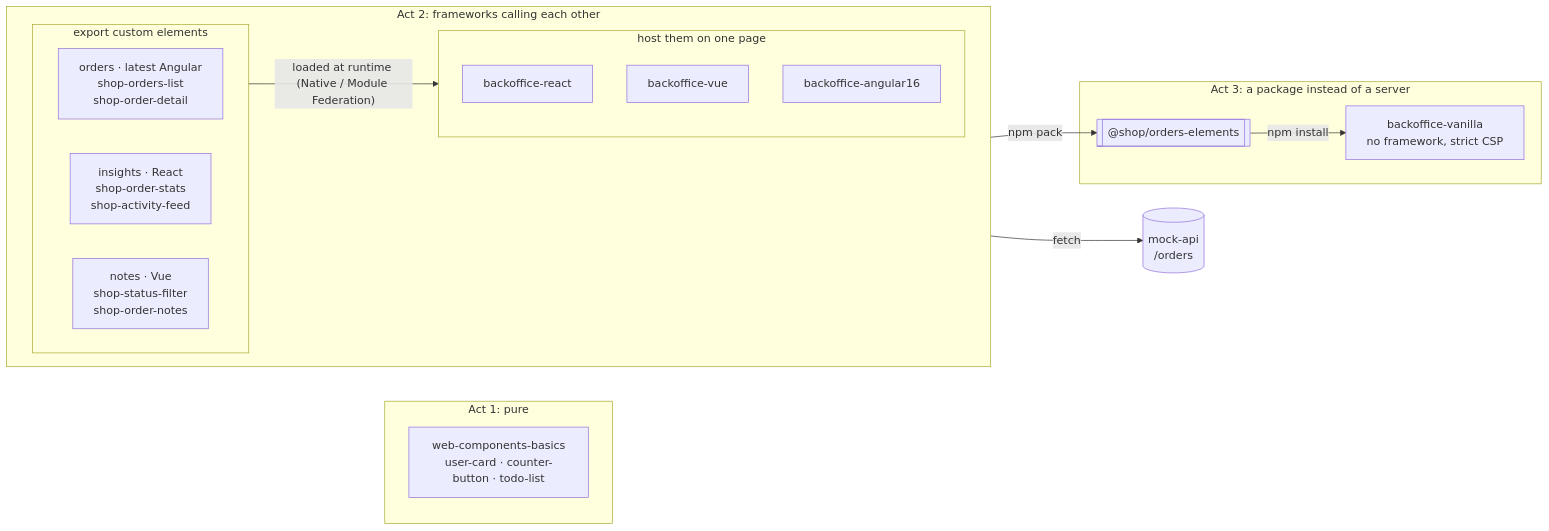
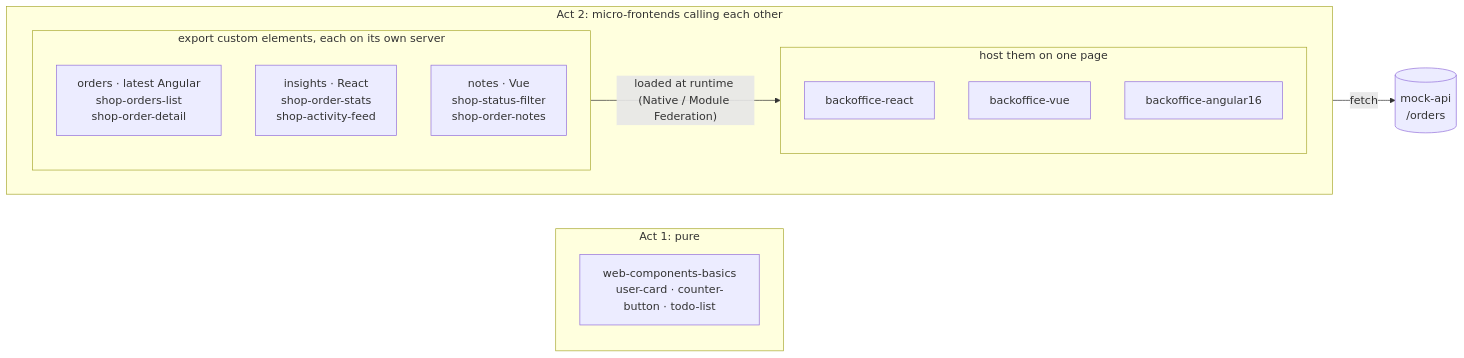
One commit to IliasEfth/Web-Components changed the diagram in README.md. Above: the diagram before and after it, drawn with Mermaid. The commit also changed other lines of this file and 11 other files, not shown here.

````diff
--- a/README.md
+++ b/README.md
@@ -61,31 +58,24 @@
 ```mermaid
 flowchart LR
   subgraph act1[Act 1: pure]
     basics[web-components-basics<br/>user-card · counter-button · todo-list]
   end
 
-  subgraph act2[Act 2: frameworks calling each other]
+  subgraph act2[Act 2: micro-frontends calling each other]
     direction LR
-    subgraph remotes[export custom elements]
+    subgraph remotes[export custom elements, each on its own server]
       orders[orders · latest Angular<br/>shop-orders-list<br/>shop-order-detail]
       insights[insights · React<br/>shop-order-stats<br/>shop-activity-feed]
       notes[notes · Vue<br/>shop-status-filter<br/>shop-order-notes]
     end
     subgraph shells[host them on one page]
       react[backoffice-react]
       vue[backoffice-vue]
       ng16[backoffice-angular16]
     end
     remotes -- "loaded at runtime (Native / Module Federation)" --> shells
   end
 
-  subgraph act3[Act 3: a package instead of a server]
-    pkg[["@shop/orders-elements"]]
-    vanilla[backoffice-vanilla<br/>no framework, strict CSP]
-    pkg -- "npm install" --> vanilla
-  end
-
-  orders -- "npm pack" --> pkg
   api[(mock-api<br/>/orders)]
   remotes -- fetch --> api
 ```
````
